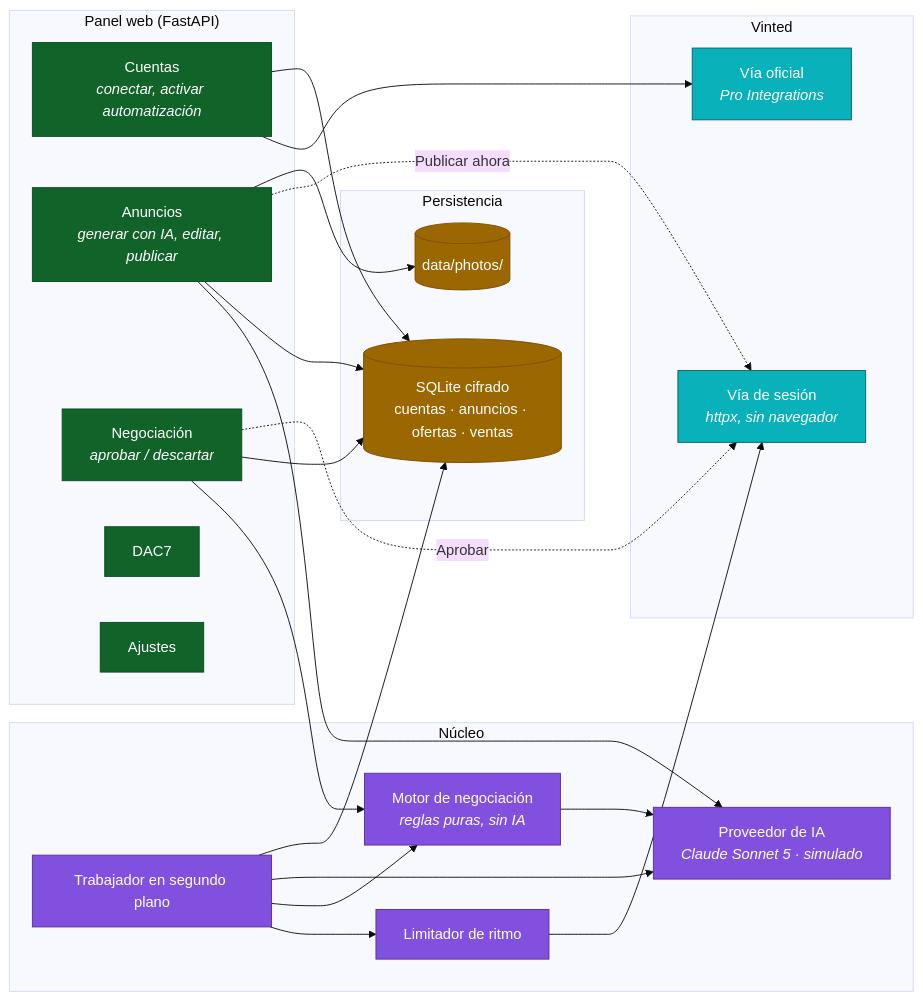
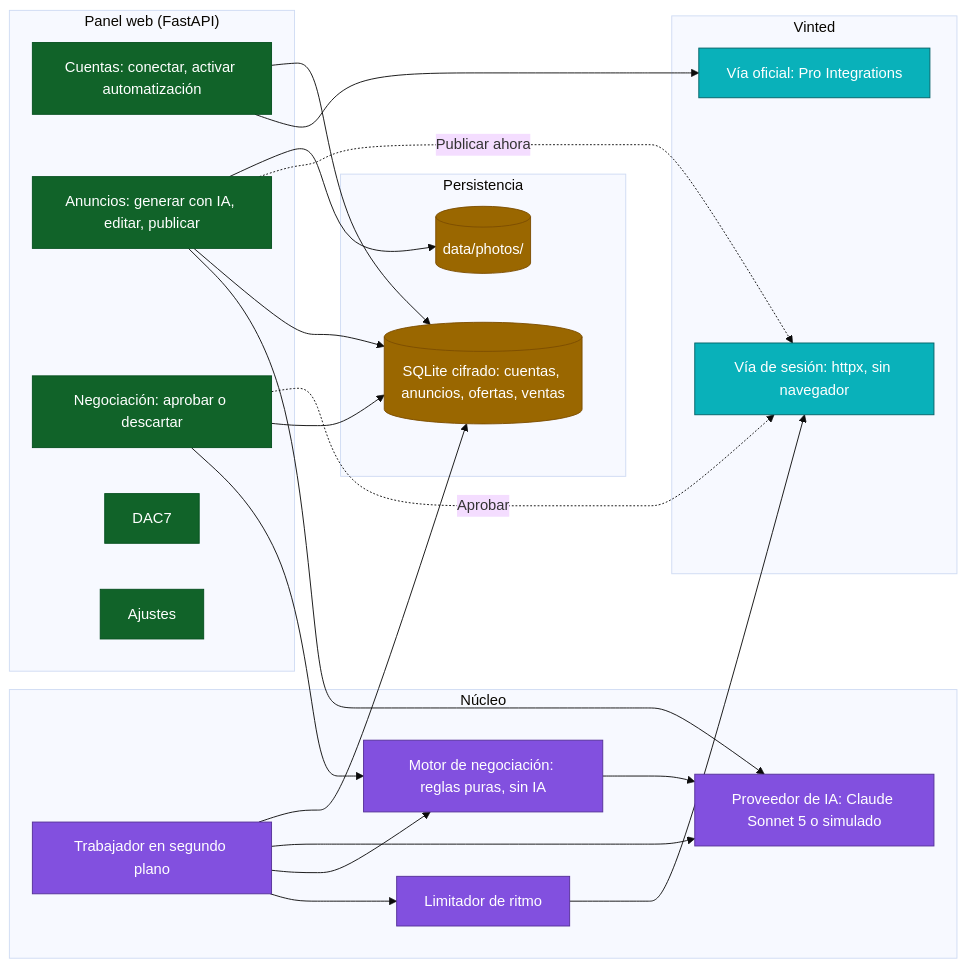
One commit to MartXXeL/VintedBot changed the first of 3 diagrams in README.md. Above: the diagram before and after it, drawn with Mermaid (base theme). The commit also changed other lines of this file, not shown here.

Commit message:
Corregir los diagramas del README: el HTML se comia el texto y lo pegaba

````diff
--- a/README.md
+++ b/README.md
@@ -65,50 +65,50 @@
 ```mermaid
 flowchart LR
     subgraph PANEL["Panel web (FastAPI)"]
-        DASH["Cuentas<br/><i>conectar, activar automatización</i>"]
-        LIST["Anuncios<br/><i>generar con IA, editar, publicar</i>"]
-        NEG["Negociación<br/><i>aprobar / descartar</i>"]
+        DASH["Cuentas: conectar, activar automatización"]
+        LIST["Anuncios: generar con IA, editar, publicar"]
+        NEG["Negociación: aprobar o descartar"]
         COMP["DAC7"]
         SET["Ajustes"]
     end
 
     subgraph NUCLEO["Núcleo"]
-        AI["Proveedor de IA<br/><i>Claude Sonnet 5 · simulado</i>"]
-        ENG["Motor de negociación<br/><i>reglas puras, sin IA</i>"]
+        AI["Proveedor de IA: Claude Sonnet 5 o simulado"]
+        ENG["Motor de negociación: reglas puras, sin IA"]
         RL["Limitador de ritmo"]
         WORK["Trabajador en segundo plano"]
     end
 
     subgraph VINTED["Vinted"]
-        API["Vía oficial<br/><i>Pro Integrations</i>"]
-        SESSION["Vía de sesión<br/><i>httpx, sin navegador</i>"]
+        API["Vía oficial: Pro Integrations"]
+        SESSION["Vía de sesión: httpx, sin navegador"]
     end
 
     subgraph DATOS["Persistencia"]
-        DB[("SQLite cifrado<br/>cuentas · anuncios · ofertas · ventas")]
+        DB[("SQLite cifrado: cuentas, anuncios, ofertas, ventas")]
         PHOTOS[("data/photos/")]
     end
 
     LIST --> AI
     LIST --> DB
     LIST -. "Publicar ahora" .-> SESSION
     NEG --> ENG --> AI
     NEG --> DB
     NEG -. "Aprobar" .-> SESSION
     WORK --> RL --> SESSION
     WORK --> ENG
     WORK --> AI
     WORK --> DB
     DASH --> API
     DASH --> DB
     LIST --> PHOTOS
 
     classDef panel fill:#116329,stroke:#044f1e,color:#fff
     classDef nucleo fill:#8250df,stroke:#553098,color:#fff
     classDef vinted fill:#09b1ba,stroke:#046267,color:#fff
     classDef datos fill:#9a6700,stroke:#7d4e00,color:#fff
     class DASH,LIST,NEG,COMP,SET panel
     class AI,ENG,RL,WORK nucleo
     class API,SESSION vinted
     class DB,PHOTOS datos
 ```
````
